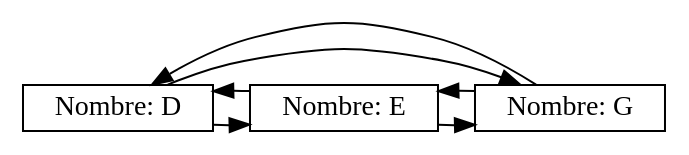
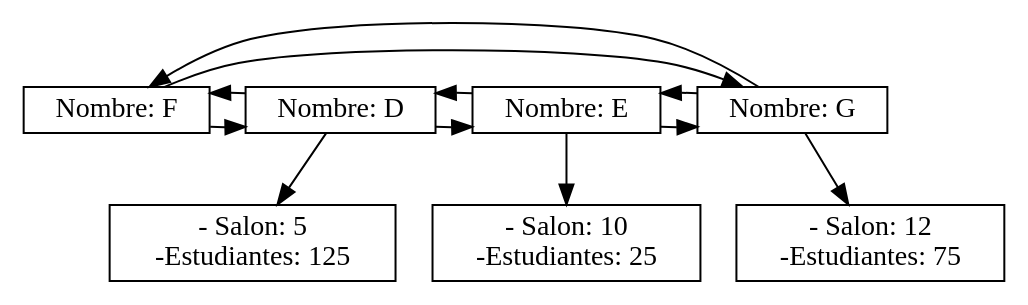
The diagram in Sistema_Asignacion/EdificiosSalones.dot (cresb-49/PROYECTO_FINAL_EDD), drawn with Graphviz before and after one commit. The commit also changed 4 other files, not shown here.

```diff
--- a/Sistema_Asignacion/EdificiosSalones.dot
+++ b/Sistema_Asignacion/EdificiosSalones.dot
@@ -1,18 +1,36 @@
 digraph USUARIOS {
 node[shape = box,height=.1];
 
+nodeLC_EDIFICIOF[label = "Nombre: F",group=1];
 nodeLC_EDIFICIOD[label = "Nombre: D",group=1];
 nodeLC_EDIFICIOE[label = "Nombre: E",group=1];
 nodeLC_EDIFICIOG[label = "Nombre: G",group=1];
 { rank = same;
+nodeLC_EDIFICIOF;
 nodeLC_EDIFICIOD;
 nodeLC_EDIFICIOE;
 nodeLC_EDIFICIOG;
 }
+nodeLC_EDIFICIOF -> nodeLC_EDIFICIOD;
+nodeLC_EDIFICIOF -> nodeLC_EDIFICIOG;
 nodeLC_EDIFICIOD -> nodeLC_EDIFICIOE;
-nodeLC_EDIFICIOD -> nodeLC_EDIFICIOG;
+nodeLC_EDIFICIOD -> nodeLC_EDIFICIOF;
 nodeLC_EDIFICIOE -> nodeLC_EDIFICIOG;
 nodeLC_EDIFICIOE -> nodeLC_EDIFICIOD;
-nodeLC_EDIFICIOG -> nodeLC_EDIFICIOD;
+nodeLC_EDIFICIOG -> nodeLC_EDIFICIOF;
 nodeLC_EDIFICIOG -> nodeLC_EDIFICIOE;
+subgraph{
+nodeSalonG12[label="- Salon: 12\n-Estudiantes: 75"];
+nodeLC_EDIFICIOG -> nodeSalonG12;
 }
+subgraph{
+nodeSalonE10[label="- Salon: 10\n-Estudiantes: 25"];
+nodeLC_EDIFICIOE -> nodeSalonE10;
+}
+subgraph{
+nodeSalonD5[label="- Salon: 5\n-Estudiantes: 125"];
+nodeLC_EDIFICIOD -> nodeSalonD5;
+}
+subgraph{
+}
+}
```
